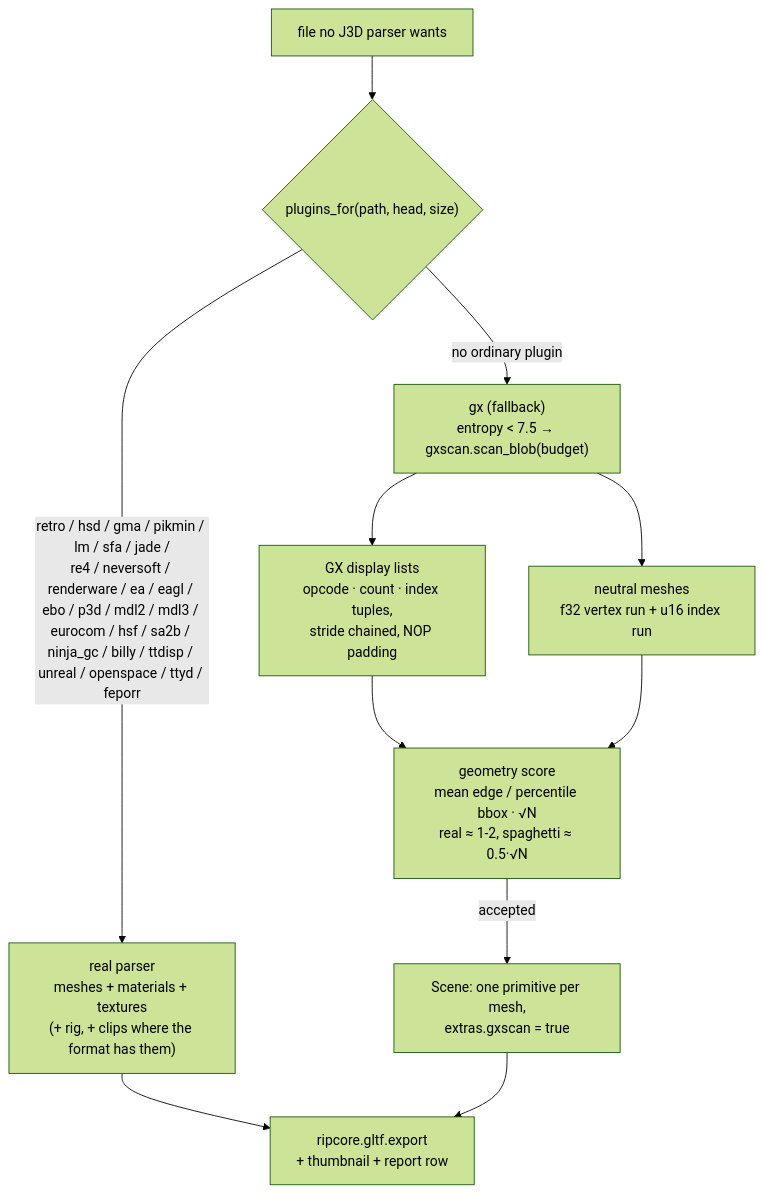
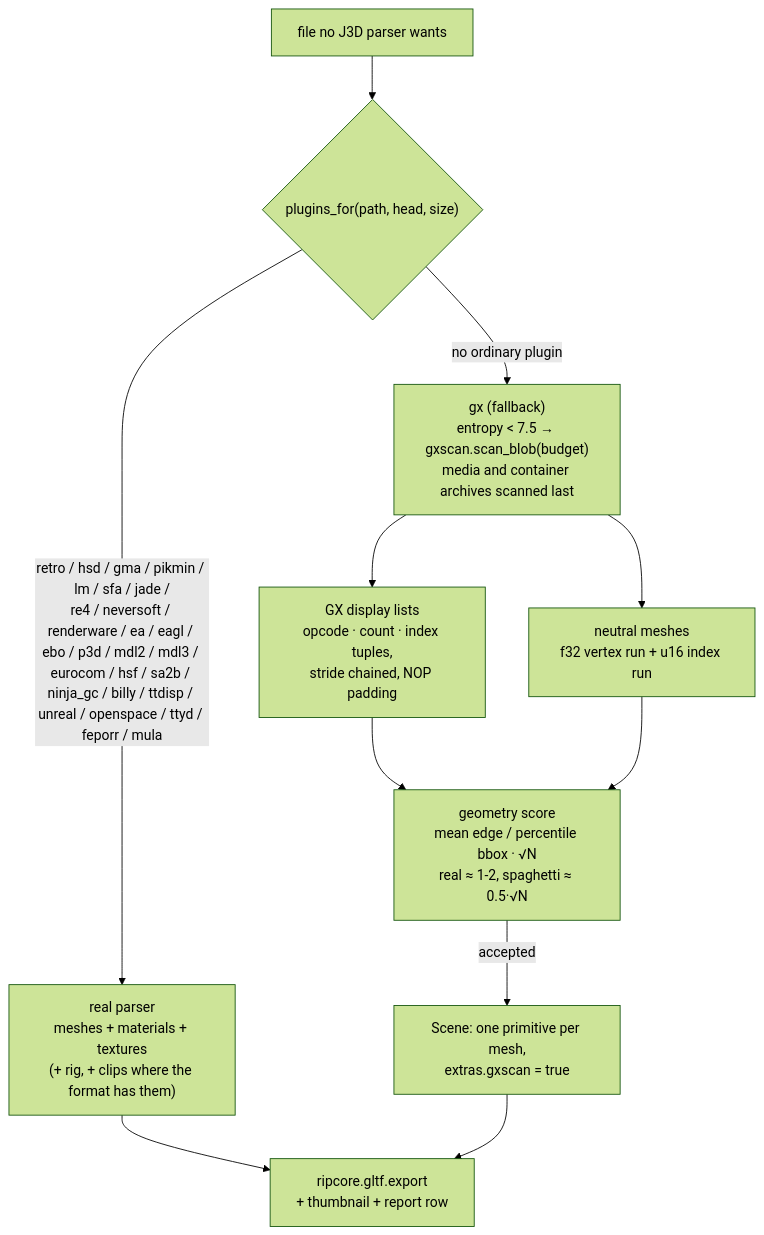
One commit to Felbs/3d-ripper-9000 changed the ninth of 9 diagrams in docs/PIPELINE.md. Above: the diagram before and after it, drawn with Mermaid (forest theme). The commit also changed 7 other files, not shown here.

````diff
--- a/docs/PIPELINE.md
+++ b/docs/PIPELINE.md
@@ -237,11 +237,11 @@
 ```mermaid
 flowchart TD
     F["file no J3D parser wants"] --> D{"plugins_for(path, head, size)"}
-    D -->|"retro / hsd / gma / pikmin / lm / sfa / jade /<br/>re4 / neversoft / renderware / ea / eagl / ebo / p3d / mdl2 / mdl3 / eurocom / hsf / sa2b / ninja_gc / billy / ttdisp / unreal / openspace / ttyd / feporr"| R["real parser<br/>meshes + materials + textures<br/>(+ rig, + clips where the format has them)"]
-    D -->|"no ordinary plugin"| S["gx (fallback)<br/>entropy < 7.5 → gxscan.scan_blob(budget)"]
+    D -->|"retro / hsd / gma / pikmin / lm / sfa / jade /<br/>re4 / neversoft / renderware / ea / eagl / ebo / p3d / mdl2 / mdl3 / eurocom / hsf / sa2b / ninja_gc / billy / ttdisp / unreal / openspace / ttyd / feporr / mula"| R["real parser<br/>meshes + materials + textures<br/>(+ rig, + clips where the format has them)"]
+    D -->|"no ordinary plugin"| S["gx (fallback)<br/>entropy &lt; 7.5 → gxscan.scan_blob(budget)<br/>media and container archives scanned last"]
     S --> L["GX display lists<br/>opcode · count · index tuples,<br/>stride chained, NOP padding"]
     S --> N["neutral meshes<br/>f32 vertex run + u16 index run"]
     L & N --> SC["geometry score<br/>mean edge / percentile bbox · √N<br/>real ≈ 1-2, spaghetti ≈ 0.5·√N"]
     SC -->|"accepted"| M["Scene: one primitive per mesh,<br/>extras.gxscan = true"]
     R & M --> E["ripcore.gltf.export<br/>+ thumbnail + report row"]
 ```
````
